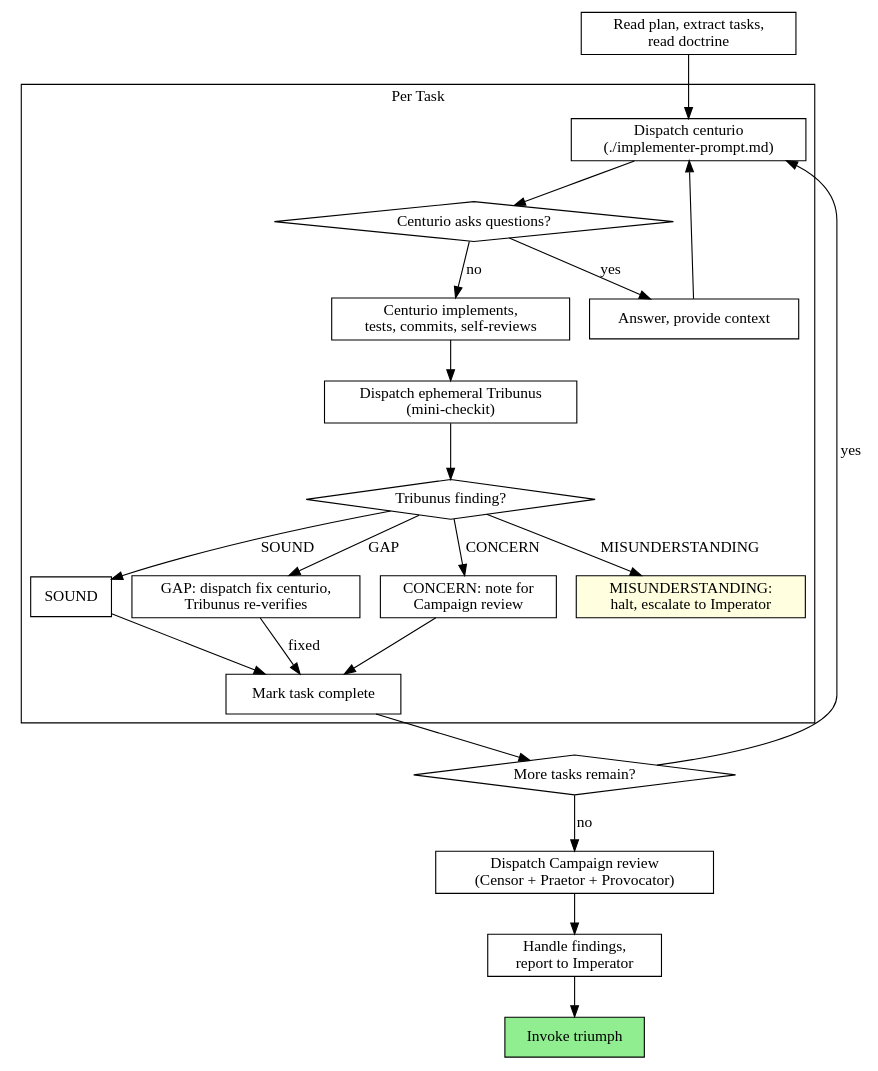
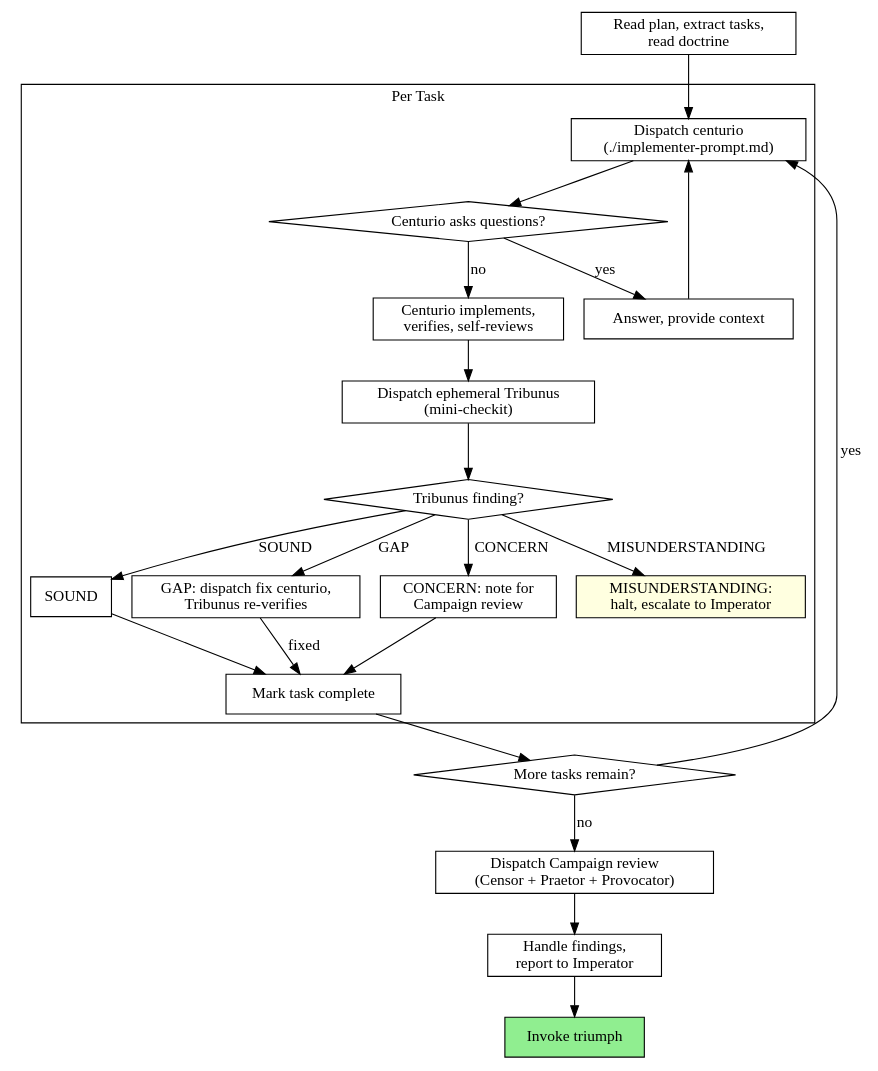
Before and after one commit to Milovan-Crowley/Consilium: the second of 2 diagrams in codex/source/skills/claude/legion/SKILL.md, drawn with Graphviz. The commit also changed other lines of this file and 40 other files, not shown here.

````diff
--- a/codex/source/skills/claude/legion/SKILL.md
+++ b/codex/source/skills/claude/legion/SKILL.md
@@ -89,46 +91,46 @@
 ```dot
 digraph process {
     rankdir=TB;
 
     subgraph cluster_per_task {
         label="Per Task";
         "Dispatch centurio\n(./implementer-prompt.md)" [shape=box];
         "Centurio asks questions?" [shape=diamond];
         "Answer, provide context" [shape=box];
-        "Centurio implements,\ntests, commits, self-reviews" [shape=box];
+        "Centurio implements,\nverifies, self-reviews" [shape=box];
         "Dispatch ephemeral Tribunus\n(mini-checkit)" [shape=box];
         "Tribunus finding?" [shape=diamond];
         "SOUND" [shape=box];
         "GAP: dispatch fix centurio,\nTribunus re-verifies" [shape=box];
         "CONCERN: note for\nCampaign review" [shape=box];
         "MISUNDERSTANDING:\nhalt, escalate to Imperator" [shape=box style=filled fillcolor=lightyellow];
         "Mark task complete" [shape=box];
     }
 
     "Read plan, extract tasks,\nread doctrine" [shape=box];
     "More tasks remain?" [shape=diamond];
     "Dispatch Campaign review\n(Censor + Praetor + Provocator)" [shape=box];
     "Handle findings,\nreport to Imperator" [shape=box];
     "Invoke triumph" [shape=box style=filled fillcolor=lightgreen];
 
     "Read plan, extract tasks,\nread doctrine" -> "Dispatch centurio\n(./implementer-prompt.md)";
     "Dispatch centurio\n(./implementer-prompt.md)" -> "Centurio asks questions?";
     "Centurio asks questions?" -> "Answer, provide context" [label="yes"];
     "Answer, provide context" -> "Dispatch centurio\n(./implementer-prompt.md)";
-    "Centurio asks questions?" -> "Centurio implements,\ntests, commits, self-reviews" [label="no"];
-    "Centurio implements,\ntests, commits, self-reviews" -> "Dispatch ephemeral Tribunus\n(mini-checkit)";
+    "Centurio asks questions?" -> "Centurio implements,\nverifies, self-reviews" [label="no"];
+    "Centurio implements,\nverifies, self-reviews" -> "Dispatch ephemeral Tribunus\n(mini-checkit)";
     "Dispatch ephemeral Tribunus\n(mini-checkit)" -> "Tribunus finding?";
     "Tribunus finding?" -> "SOUND" [label="SOUND"];
     "Tribunus finding?" -> "GAP: dispatch fix centurio,\nTribunus re-verifies" [label="GAP"];
     "Tribunus finding?" -> "CONCERN: note for\nCampaign review" [label="CONCERN"];
     "Tribunus finding?" -> "MISUNDERSTANDING:\nhalt, escalate to Imperator" [label="MISUNDERSTANDING"];
     "SOUND" -> "Mark task complete";
     "GAP: dispatch fix centurio,\nTribunus re-verifies" -> "Mark task complete" [label="fixed"];
     "CONCERN: note for\nCampaign review" -> "Mark task complete";
     "Mark task complete" -> "More tasks remain?";
     "More tasks remain?" -> "Dispatch centurio\n(./implementer-prompt.md)" [label="yes"];
     "More tasks remain?" -> "Dispatch Campaign review\n(Censor + Praetor + Provocator)" [label="no"];
     "Dispatch Campaign review\n(Censor + Praetor + Provocator)" -> "Handle findings,\nreport to Imperator";
     "Handle findings,\nreport to Imperator" -> "Invoke triumph";
 }
 ```
````
